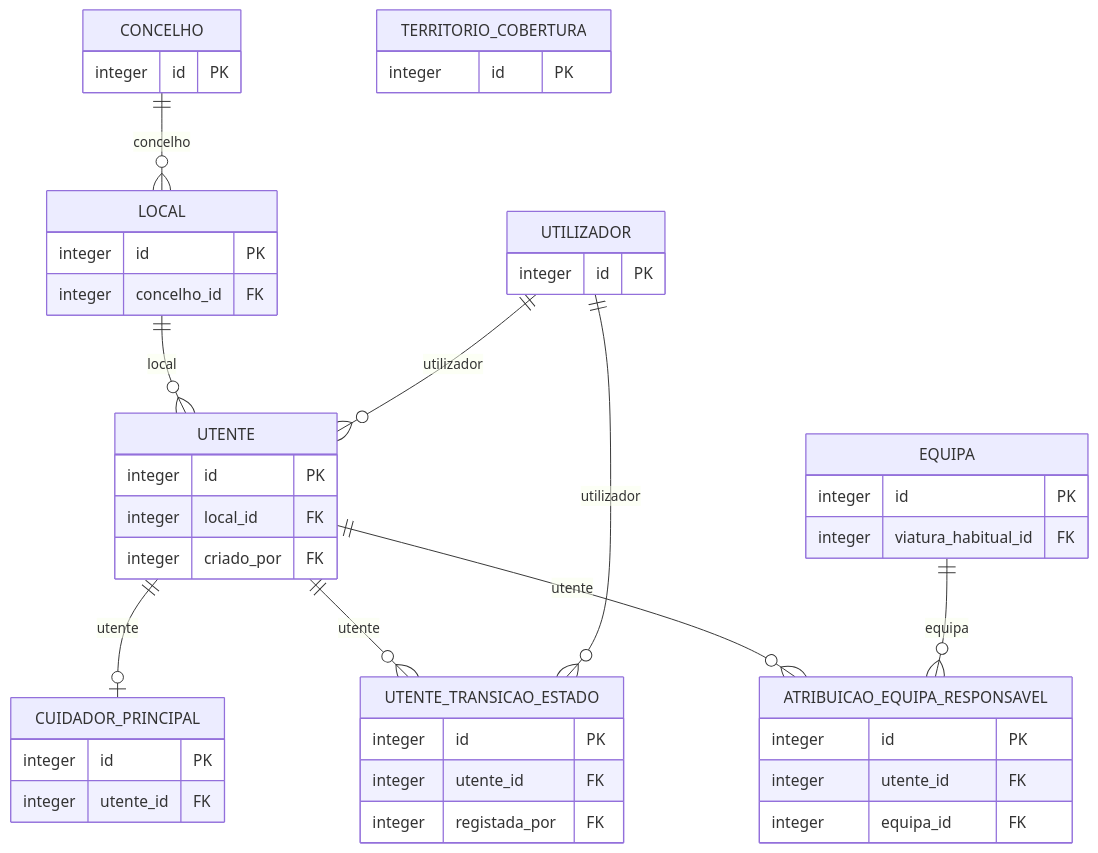
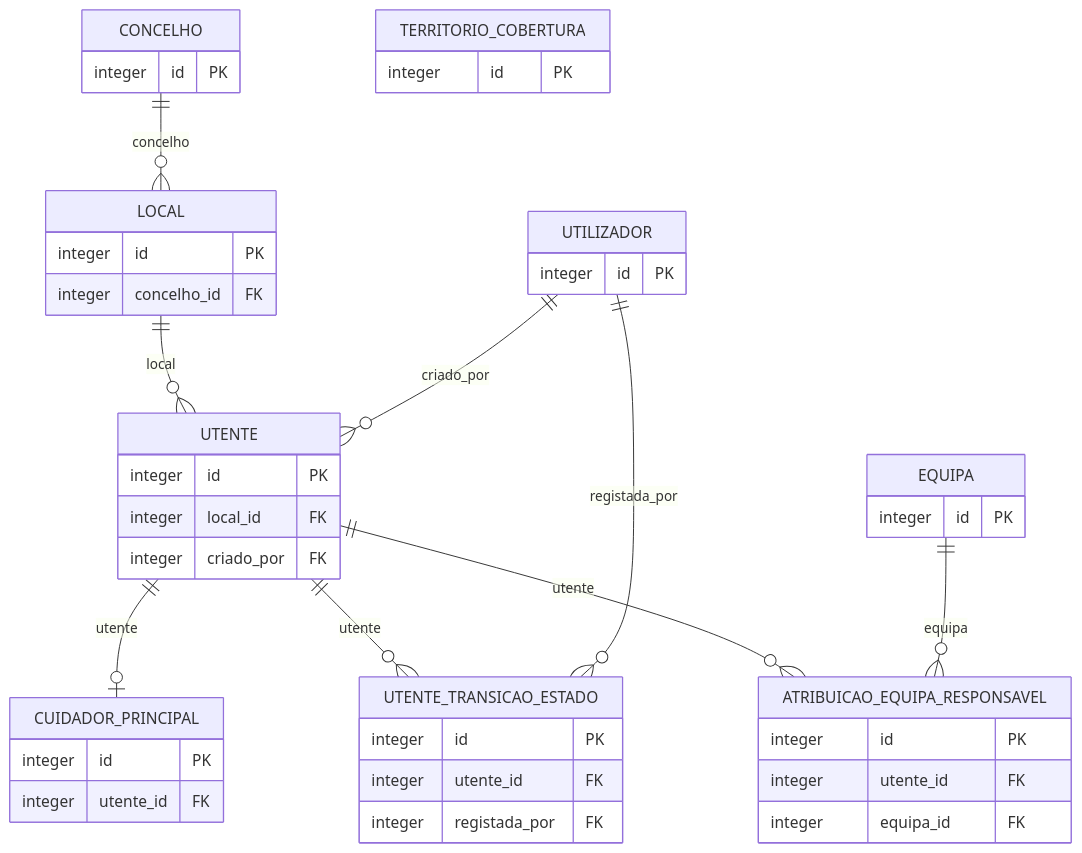
One commit to SalomaoCunha/ulsba-projeto-final changed the sixth of 11 diagrams in docs/modelo-dados.md. Above: the diagram before and after it, drawn with Mermaid. The commit also changed other lines of this file and 1 other file, not shown here.

````diff
--- a/docs/modelo-dados.md
+++ b/docs/modelo-dados.md
@@ -780,47 +791,46 @@
 ```mermaid
 erDiagram
     CONCELHO {
         integer id PK
     }
     LOCAL {
         integer id PK
         integer concelho_id FK
     }
     TERRITORIO_COBERTURA {
         integer id PK
     }
     UTENTE {
         integer id PK
         integer local_id FK
         integer criado_por FK
     }
     CUIDADOR_PRINCIPAL {
         integer id PK
         integer utente_id FK
     }
     UTENTE_TRANSICAO_ESTADO {
         integer id PK
         integer utente_id FK
         integer registada_por FK
     }
     ATRIBUICAO_EQUIPA_RESPONSAVEL {
         integer id PK
         integer utente_id FK
         integer equipa_id FK
     }
     EQUIPA {
         integer id PK
-        integer viatura_habitual_id FK
     }
     UTILIZADOR {
         integer id PK
     }
     CONCELHO ||--o{ LOCAL : "concelho"
     LOCAL ||--o{ UTENTE : "local"
     UTENTE ||--o| CUIDADOR_PRINCIPAL : "utente"
     UTENTE ||--o{ UTENTE_TRANSICAO_ESTADO : "utente"
     UTENTE ||--o{ ATRIBUICAO_EQUIPA_RESPONSAVEL : "utente"
     EQUIPA ||--o{ ATRIBUICAO_EQUIPA_RESPONSAVEL : "equipa"
-    UTILIZADOR ||--o{ UTENTE : "utilizador"
-    UTILIZADOR ||--o{ UTENTE_TRANSICAO_ESTADO : "utilizador"
+    UTILIZADOR ||--o{ UTENTE : "criado_por"
+    UTILIZADOR ||--o{ UTENTE_TRANSICAO_ESTADO : "registada_por"
 ```
````
